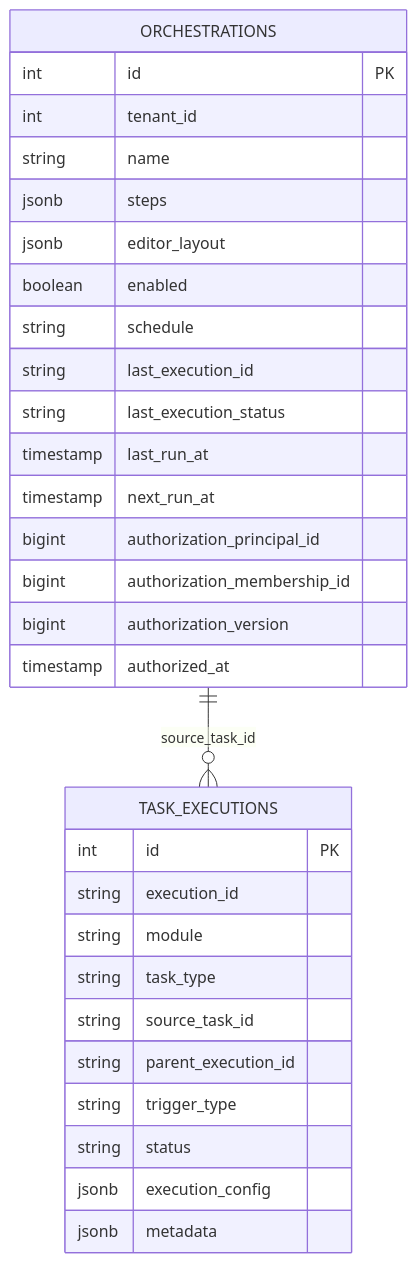
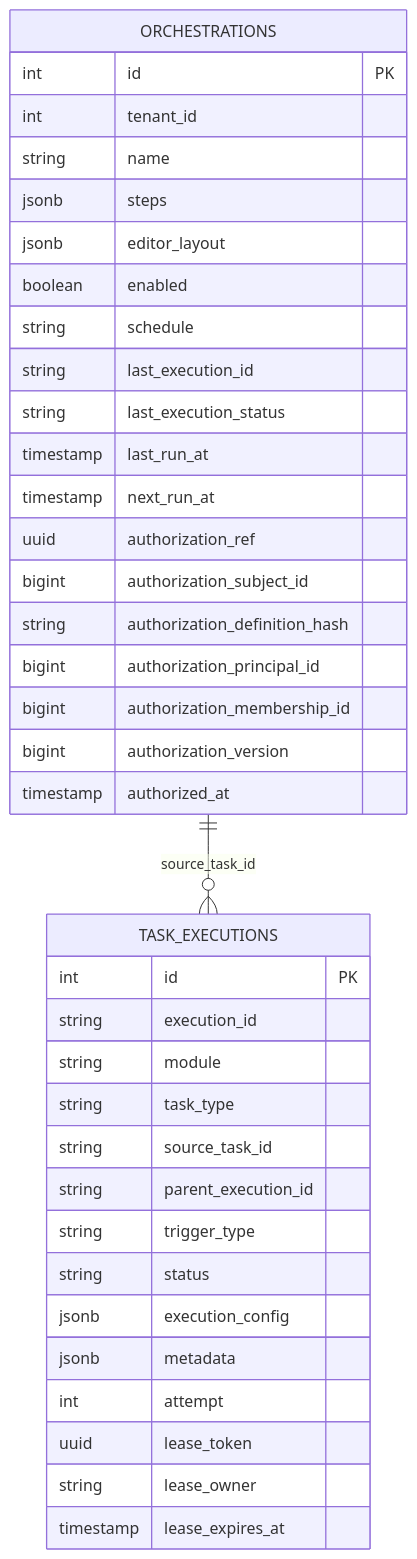
One commit to pampa0629/addp changed the first of 2 diagrams in orchestrator/docs/数据库架构.md. Above: the diagram before and after it, drawn with Mermaid. The commit also changed other lines of this file and 198 other files, not shown here.

````diff
--- a/orchestrator/docs/数据库架构.md
+++ b/orchestrator/docs/数据库架构.md
@@ -20,33 +20,40 @@
 ```mermaid
 erDiagram
     ORCHESTRATIONS ||--o{ TASK_EXECUTIONS : "source_task_id"
     ORCHESTRATIONS {
         int id PK
         int tenant_id
         string name
         jsonb steps
         jsonb editor_layout
         boolean enabled
         string schedule
         string last_execution_id
         string last_execution_status
         timestamp last_run_at
         timestamp next_run_at
+        uuid authorization_ref
+        bigint authorization_subject_id
+        string authorization_definition_hash
         bigint authorization_principal_id
         bigint authorization_membership_id
         bigint authorization_version
         timestamp authorized_at
     }
     TASK_EXECUTIONS {
         int id PK
         string execution_id
         string module
         string task_type
         string source_task_id
         string parent_execution_id
         string trigger_type
         string status
         jsonb execution_config
         jsonb metadata
+        int attempt
+        uuid lease_token
+        string lease_owner
+        timestamp lease_expires_at
     }
 ```
````
